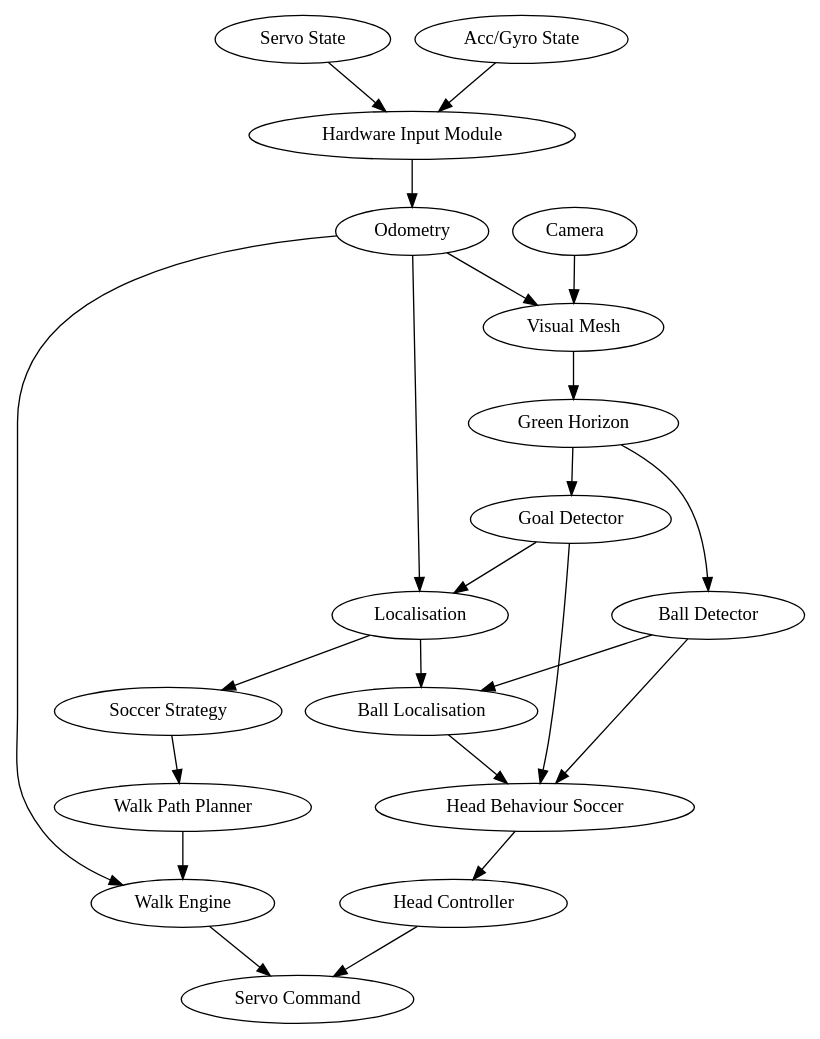
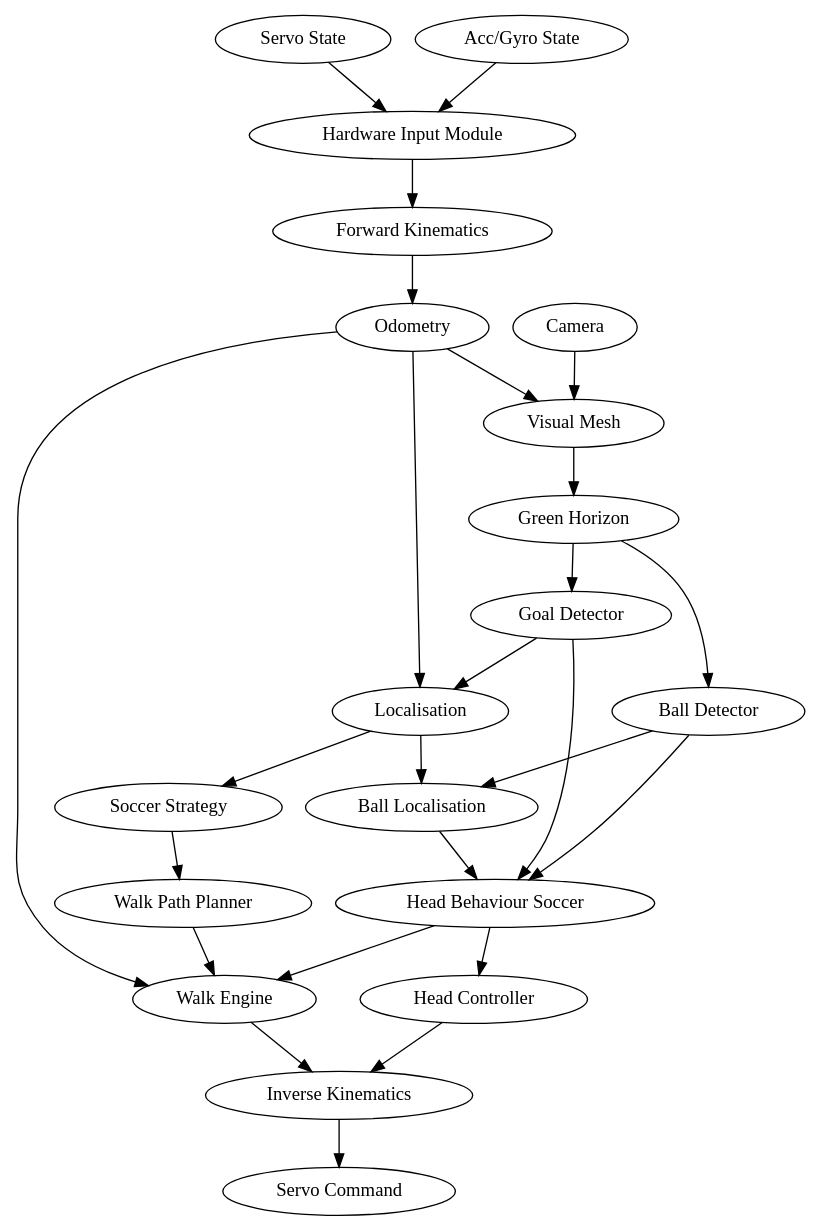
Before and after one commit to NUbots/NUbook: the diagram in src/book/02-system/01-foundations/01-overview.mdx, drawn with Graphviz.

Commit message:
Add in kinematics

````diff
--- a/src/book/02-system/01-foundations/01-overview.mdx
+++ b/src/book/02-system/01-foundations/01-overview.mdx
@@ -75,11 +75,11 @@
 ```dot
 # A graph of the system
 digraph {
     "Camera" -> "Visual Mesh" -> "Green Horizon" -> {"Ball Detector", "Goal Detector"}
-    {"Servo State", "Acc/Gyro State"} -> "Hardware Input Module" -> "Odometry" -> {"Visual Mesh", "Walk Engine", "Localisation"}
+    {"Servo State", "Acc/Gyro State"} -> "Hardware Input Module" -> "Forward Kinematics" -> "Odometry" -> {"Visual Mesh", "Walk Engine", "Localisation"}
     "Goal Detector" -> "Localisation" -> "Soccer Strategy"
-    "Soccer Strategy" -> "Walk Path Planner" -> "Walk Engine" -> "Servo Command"
+    "Soccer Strategy" -> "Walk Path Planner" -> "Walk Engine"
     {"Ball Detector", "Localisation"} -> "Ball Localisation"
-    {"Ball Detector", "Goal Detector", "Ball Localisation"} -> "Head Behaviour Soccer" -> "Head Controller" -> "Servo Command"
+    {"Ball Detector", "Goal Detector", "Ball Localisation"} -> "Head Behaviour Soccer" -> {"Head Controller", "Walk Engine"} -> "Inverse Kinematics" -> "Servo Command"
 }
 ```
````
